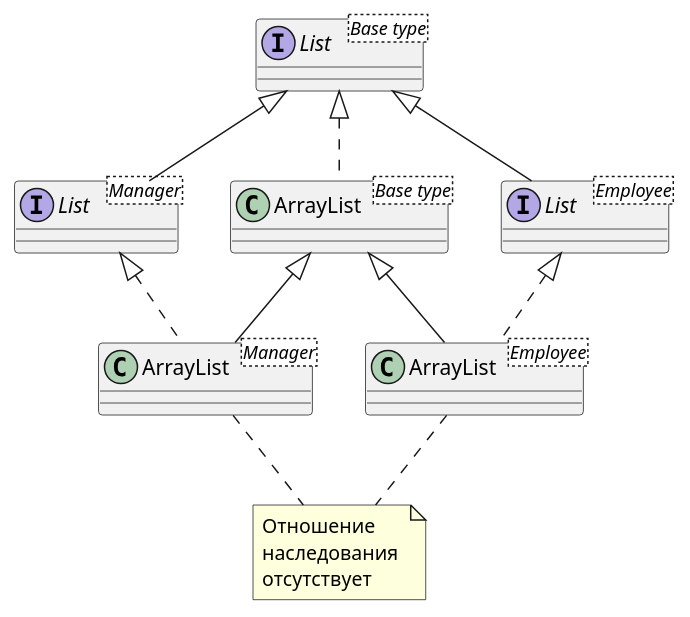
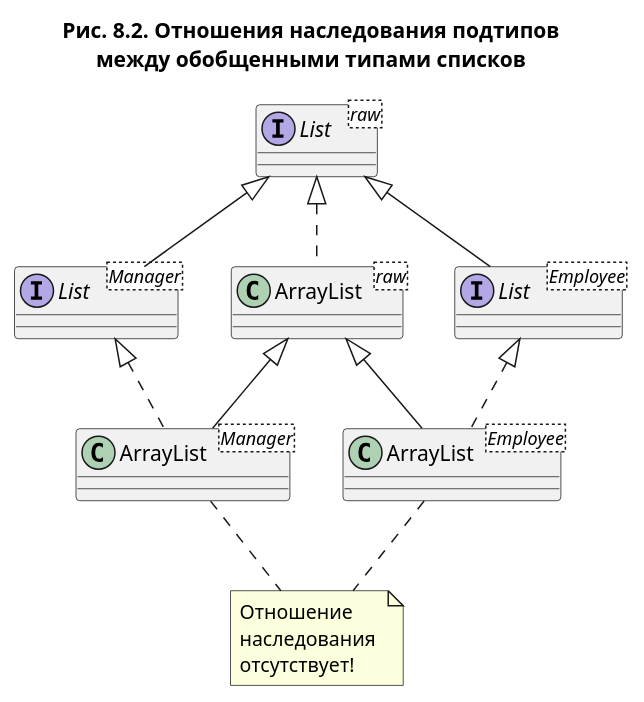
One commit to sectorsj/learnbooks changed the diagram in hortsmann_v_one/src/main/resources/_418/pic_8_2.puml. Above: the diagram before and after it, drawn with PlantUML. The commit also changed 3 other files, not shown here.

```diff
--- a/hortsmann_v_one/src/main/resources/_418/pic_8_2.puml
+++ b/hortsmann_v_one/src/main/resources/_418/pic_8_2.puml
@@ -1,27 +1,30 @@
 @startuml
-'https://plantuml.com/class-diagram
+title
+Рис. 8.2. Отношения наследования подтипов
+между обобщенными типами списков
+end title
 
-interface "List <Base type>" as interface1
+interface "List <raw>" as interface1
 interface "List <Manager>" as interface2
 interface "List <Employee>" as interface3
 
 interface1 <|-- interface2
 interface1 <|-- interface3
 
-class "ArrayList<Base type>"  as class1
+class "ArrayList<raw>"  as class1
 class "ArrayList<Manager>" as class2
 class "ArrayList<Employee>" as class3
 
 interface1 <|..class1
 interface2 <|..class2
 interface3 <|..class3
 class1 <|-- class2
 class1 <|-- class3
 
-note "Отношение \nнаследования \nотсутствует" as N1
+note "Отношение \nнаследования \nотсутствует!" as N1
 
 class2..N1
 class3..N1
 
 
 @enduml
```
